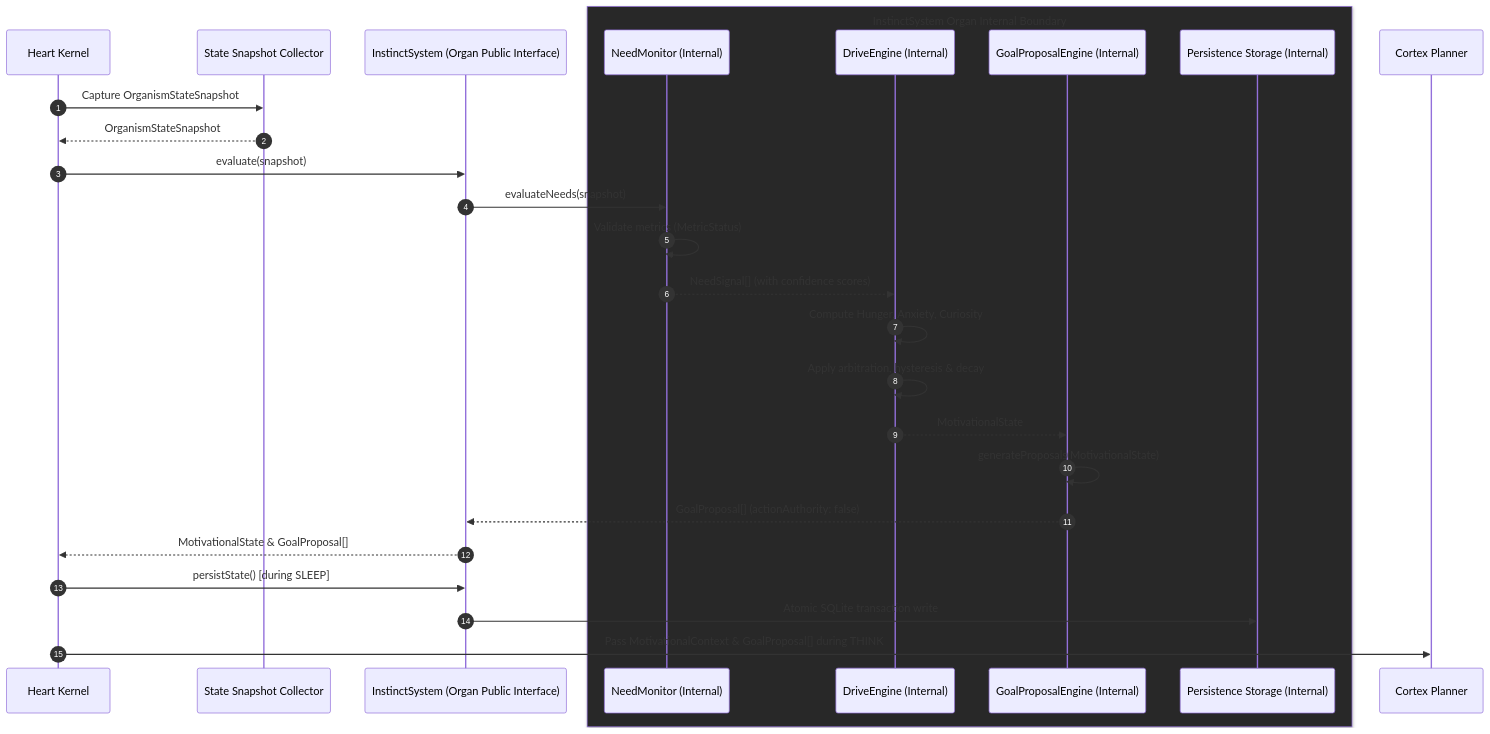
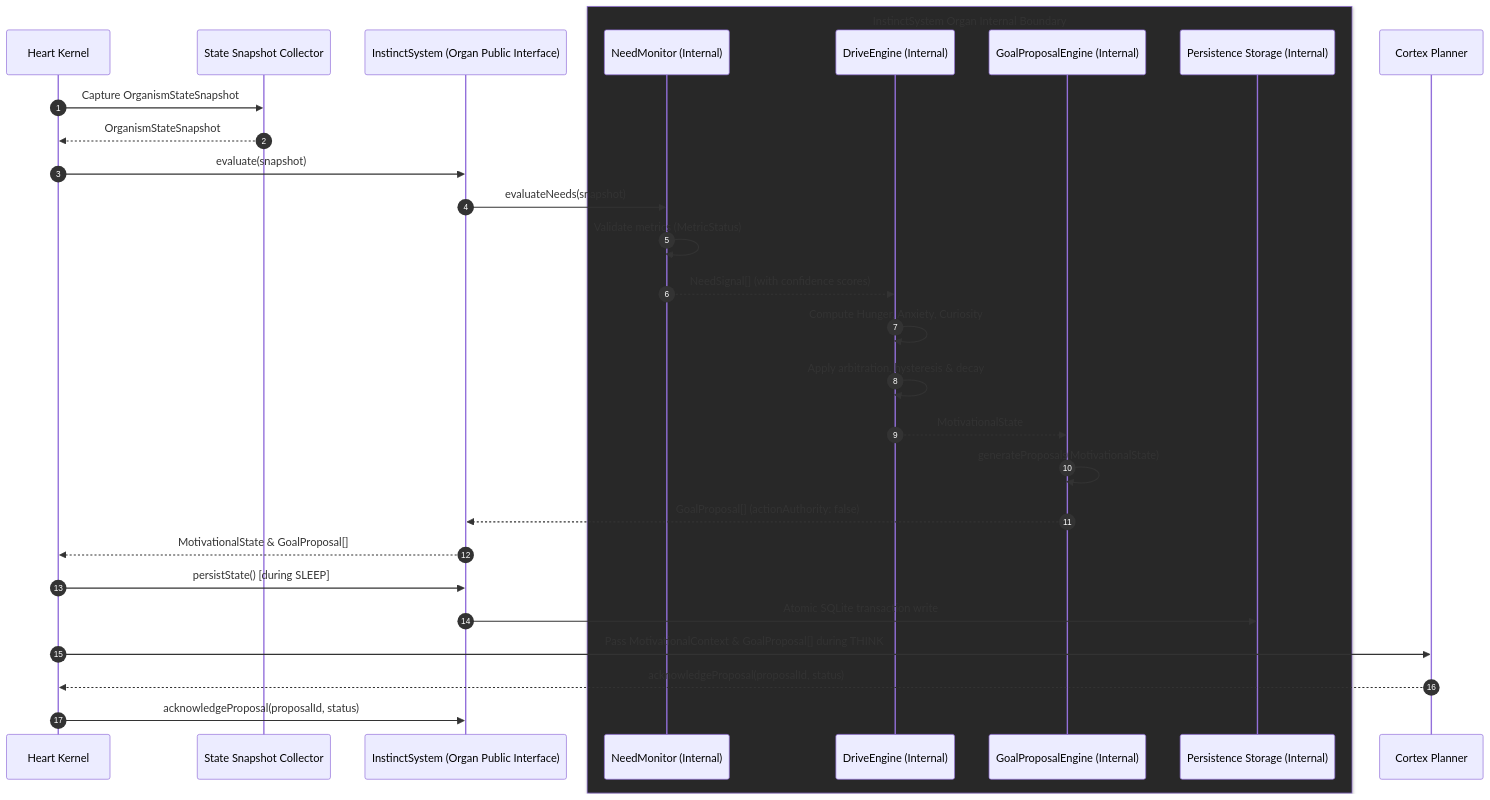
One commit to gaarasand47/autark-brain changed the diagram in FLOWS/INSTINCT_EVALUATION_FLOW.md. Above: the diagram before and after it, drawn with Mermaid. The commit also changed other lines of this file and 5 other files, not shown here.

Commit message:
docs: Fix Stage 0 evaluation, schemas, and decompose objective sequence

````diff
--- a/FLOWS/INSTINCT_EVALUATION_FLOW.md
+++ b/FLOWS/INSTINCT_EVALUATION_FLOW.md
@@ -11,30 +11,32 @@
 ```mermaid
 sequenceDiagram
     autonumber
     participant Heart as Heart Kernel
     participant Snap as State Snapshot Collector
     participant IS as InstinctSystem (Organ Public Interface)
     box rgb(40,40,40) InstinctSystem Organ Internal Boundary
     participant NM as NeedMonitor (Internal)
     participant DE as DriveEngine (Internal)
     participant GPE as GoalProposalEngine (Internal)
     participant DB as Persistence Storage (Internal)
     end
     participant Cortex as Cortex Planner
 
     Heart->>Snap: Capture OrganismStateSnapshot
     Snap-->>Heart: OrganismStateSnapshot
     Heart->>IS: evaluate(snapshot)
     IS->>NM: evaluateNeeds(snapshot)
     NM->>NM: Validate metrics (MetricStatus)
     NM-->>DE: NeedSignal[] (with confidence scores)
     DE->>DE: Compute Hunger, Anxiety, Curiosity
     DE->>DE: Apply arbitration, hysteresis & decay
     DE-->>GPE: MotivationalState
     GPE->>GPE: generateProposals(MotivationalState)
     GPE-->>IS: GoalProposal[] (actionAuthority: false)
     IS-->>Heart: MotivationalState & GoalProposal[]
     Heart->>IS: persistState() [during SLEEP]
     IS->>DB: Atomic SQLite transaction write
     Heart->>Cortex: Pass MotivationalContext & GoalProposal[] during THINK
+    Cortex-->>Heart: acknowledgeProposal(proposalId, status)
+    Heart->>IS: acknowledgeProposal(proposalId, status)
 ```
````
